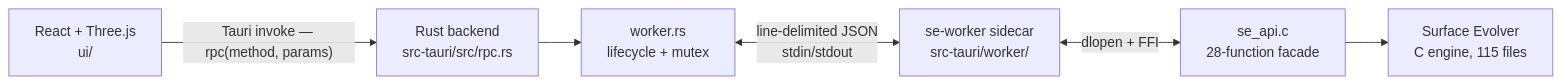
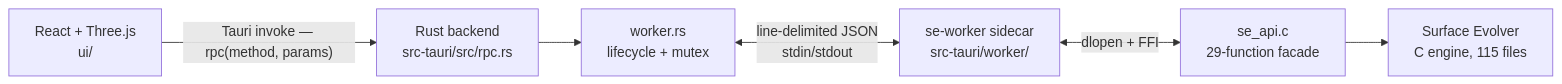
The diagram in README.md (sersergious/surface-evolver), drawn with Mermaid before and after one commit. The commit also changed other lines of this file and 8 other files, not shown here.

````diff
--- a/README.md
+++ b/README.md
@@ -135,8 +137,8 @@
 ```mermaid
 flowchart LR
     UI["React + Three.js<br/>ui/"] -->|"Tauri invoke — rpc(method, params)"| RPC["Rust backend<br/>src-tauri/src/rpc.rs"]
     RPC --> Mgr["worker.rs<br/>lifecycle + mutex"]
     Mgr <-->|"line-delimited JSON<br/>stdin/stdout"| W["se-worker sidecar<br/>src-tauri/worker/"]
-    W <-->|"dlopen + FFI"| Facade["se_api.c<br/>28-function facade"]
+    W <-->|"dlopen + FFI"| Facade["se_api.c<br/>29-function facade"]
     Facade --> Engine["Surface Evolver<br/>C engine, 115 files"]
 ```
````
